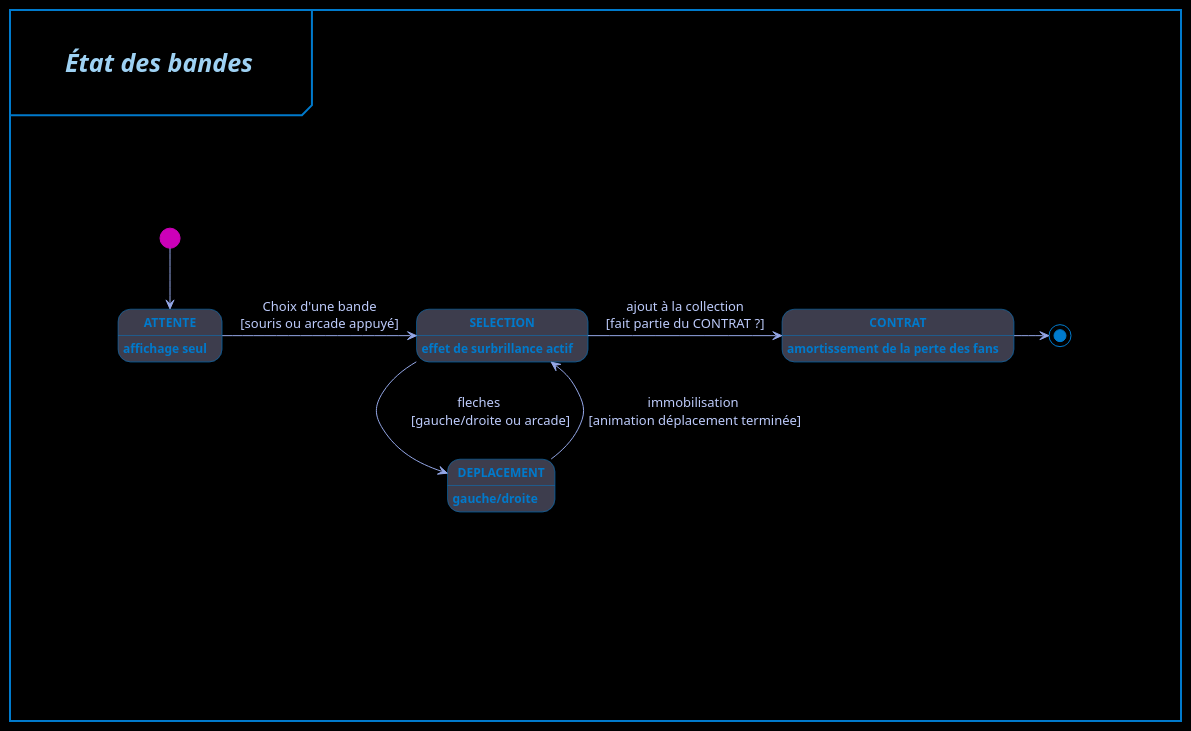
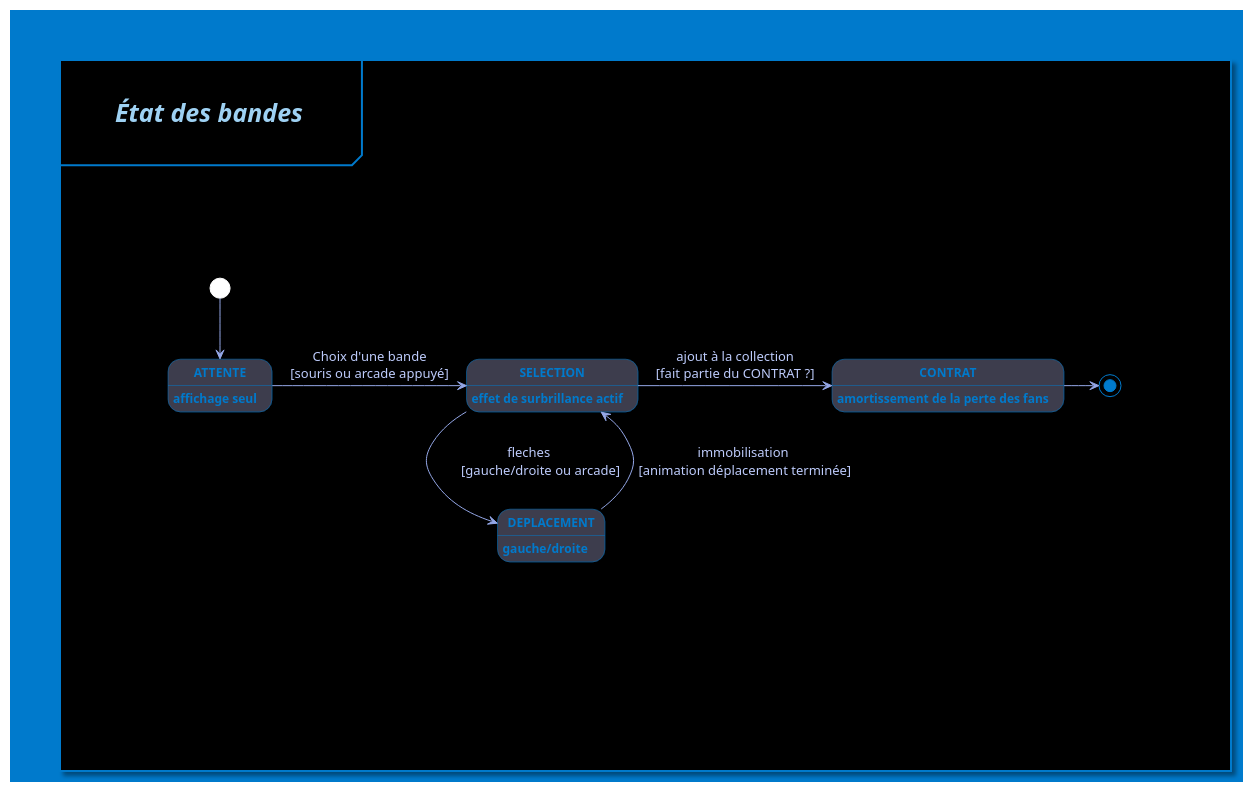
The diagram in docs/uml/puml/BandesStateDiagram.puml (MaiveCL/Projet_session_JV), drawn with PlantUML before and after one commit.

Commit message:
test plant uml automatisation pour la 111e fois

```diff
--- a/docs/uml/puml/BandesStateDiagram.puml
+++ b/docs/uml/puml/BandesStateDiagram.puml
@@ -1,46 +1,46 @@
 @startuml "État des bandes"
 ' Définir le style global
 skinparam {
-    backgroundColor black
+    backgroundColor 007acc
     shadowing true
     FontName "Consolas"
-    ArrowColor #94a7e7ff
-    ArrowFontColor #bdcbfbff
-    StartColor #007acc
-    EndColor #bdcbfb
+    ArrowColor 94a7e7ff
+    ArrowFontColor bdcbfbff
+    StartColor 007acc
+    EndColor bdcbfb
 }
 ' Style pour les states
 skinparam state {
-    BackgroundColor #3e3e4eff
-    fontColor #007acc
-    BorderColor #007acc
+    BackgroundColor 3e3e4eff
+    fontColor 007acc
+    BorderColor 007acc
     FontName "Consolas"
     FontSize 12
     FontStyle bold
 }
 <style>
 mainframe {
-  LineColor #007acc
+  LineColor 007acc
   LineThickness 2.0
-  FontColor #9ed1f3ff
+  FontColor 9ed1f3ff
   FontSize 25
   FontStyle italic
   Margin 50
   Padding 100
   backgroundColor black
 }
 </style>
 mainframe \n\t**État des bandes**\t\n
 
     state ATTENTE : affichage seul
     state SELECTION : effet de surbrillance actif
     state DEPLACEMENT : gauche/droite
     state CONTRAT : amortissement de la perte des fans
 
-    [*] #cc00b8ff --> ATTENTE
+    [*] #White --> ATTENTE
     ATTENTE -> SELECTION : Choix d'une bande\n[souris ou arcade appuyé]
     SELECTION -> DEPLACEMENT : fleches\n\t[gauche/droite ou arcade]\t
     DEPLACEMENT --> SELECTION :immobilisation\n [animation déplacement terminée]
     SELECTION -> CONTRAT :ajout à la collection\n[fait partie du CONTRAT ?]
     CONTRAT -> [*] #007acc
 @enduml
```
